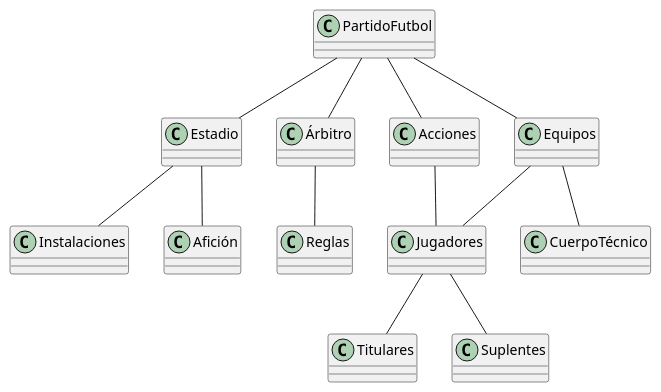
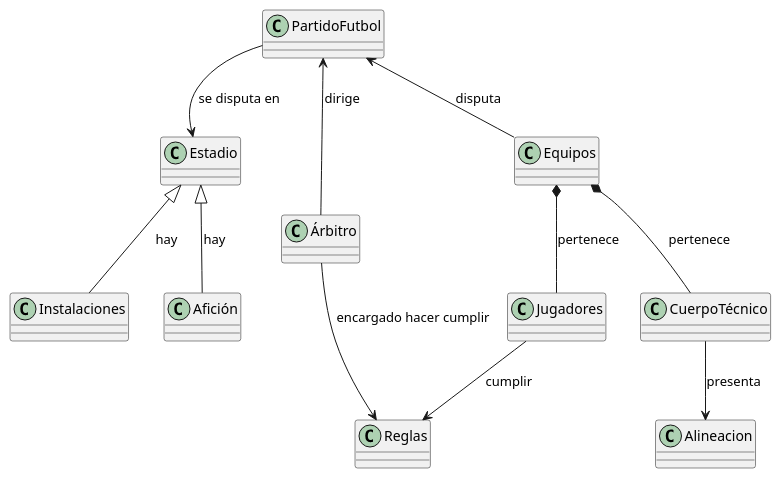
One commit to mmasias/IdSw1-22-23 changed the diagram in actividades/001-futbol/RuizJavier/CódigosUML/diagramaClases.puml. Above: the diagram before and after it, drawn with PlantUML.

```diff
--- a/actividades/001-futbol/RuizJavier/CódigosUML/diagramaClases.puml
+++ b/actividades/001-futbol/RuizJavier/CódigosUML/diagramaClases.puml
@@ -1,19 +1,17 @@
 @startuml
+
 class PartidoFutbol
 
-
-PartidoFutbol -- Estadio 
-PartidoFutbol -- Árbitro
-PartidoFutbol -- Equipos
-Árbitro -- Reglas
-Estadio -- Instalaciones
-Estadio -- Afición
-Equipos -- Jugadores
-Equipos -- CuerpoTécnico
-Jugadores -- Titulares
-Jugadores -- Suplentes
-PartidoFutbol -- Acciones
-Acciones -- Jugadores
+PartidoFutbol --> Estadio : se disputa en
+PartidoFutbol <-- Árbitro : dirige
+PartidoFutbol <-- Equipos : disputa
+Árbitro --> Reglas : encargado hacer cumplir
+Estadio <|-- Instalaciones : hay
+Estadio <|-- Afición : hay
+Equipos *-- Jugadores : pertenece
+Equipos *-- CuerpoTécnico : pertenece
+Jugadores --> Reglas : cumplir
+CuerpoTécnico --> Alineacion : presenta
 
 
 @enduml
```
